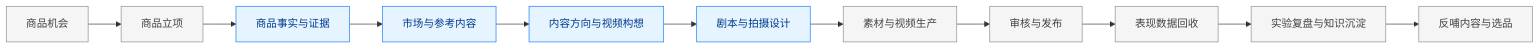
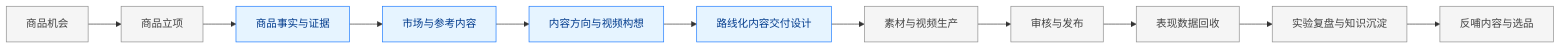
The third of 3 diagrams in 01_CAPABILITY_ROADMAP.md (SONG-36/TK_Video_Intelligence_Workbench), drawn with Mermaid before and after one commit. The commit also changed other lines of this file and 8 other files, not shown here.

````diff
--- a/01_CAPABILITY_ROADMAP.md
+++ b/01_CAPABILITY_ROADMAP.md
@@ -201,16 +241,16 @@
 ```mermaid
 flowchart LR
     A[商品机会]:::future --> B[商品立项]:::future
     B --> C[商品事实与证据]:::current
     C --> D[市场与参考内容]:::current
     D --> E[内容方向与视频构想]:::current
-    E --> F[剧本与拍摄设计]:::current
+    E --> F[路线化内容交付设计]:::current
     F --> G[素材与视频生产]:::future
     G --> H[审核与发布]:::future
     H --> I[表现数据回收]:::future
     I --> J[实验复盘与知识沉淀]:::future
     J --> K[反哺内容与选品]:::future
 
     classDef current fill:#e6f4ff,stroke:#1677ff,color:#003a8c;
     classDef future fill:#f5f5f5,stroke:#8c8c8c,color:#434343;
 ```
````
